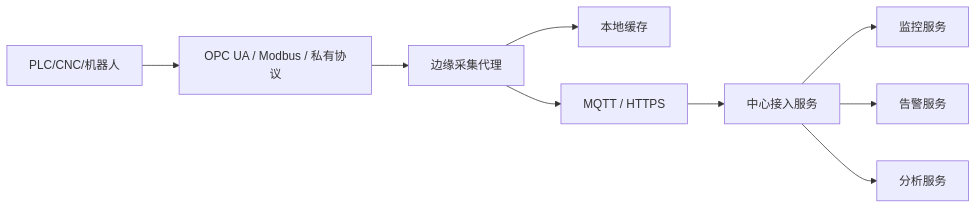
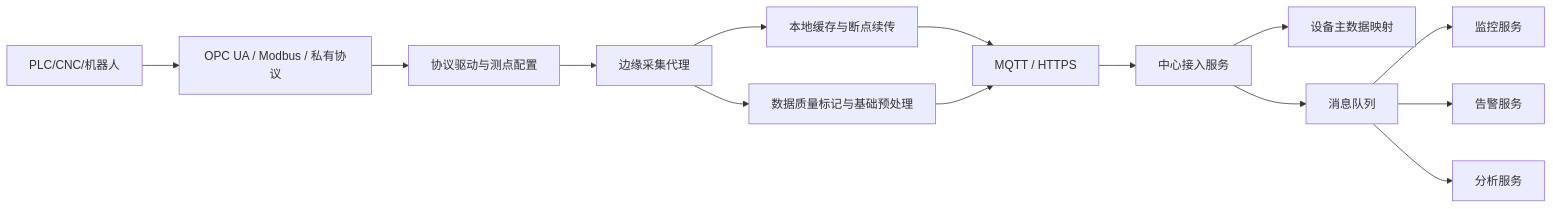
Before and after one commit to dptdptdpt1/26_jgs_lw: the diagram in 场景到技术/01_设备接入与协议适配.md, drawn with Mermaid. The commit also changed other lines of this file and 17 other files, not shown here.

````diff
--- a/场景到技术/01_设备接入与协议适配.md
+++ b/场景到技术/01_设备接入与协议适配.md
@@ -104,11 +198,16 @@
 ```mermaid
 flowchart LR
     A["PLC/CNC/机器人"] --> B["OPC UA / Modbus / 私有协议"]
-    B --> C["边缘采集代理"]
-    C --> D["本地缓存"]
-    C --> E["MQTT / HTTPS"]
-    E --> F["中心接入服务"]
-    F --> G["监控服务"]
-    F --> H["告警服务"]
-    F --> I["分析服务"]
+    B --> C["协议驱动与测点配置"]
+    C --> D["边缘采集代理"]
+    D --> E["本地缓存与断点续传"]
+    D --> F["数据质量标记与基础预处理"]
+    E --> G["MQTT / HTTPS"]
+    F --> G
+    G --> H["中心接入服务"]
+    H --> I["设备主数据映射"]
+    H --> J["消息队列"]
+    J --> K["监控服务"]
+    J --> L["告警服务"]
+    J --> M["分析服务"]
 ```
````
